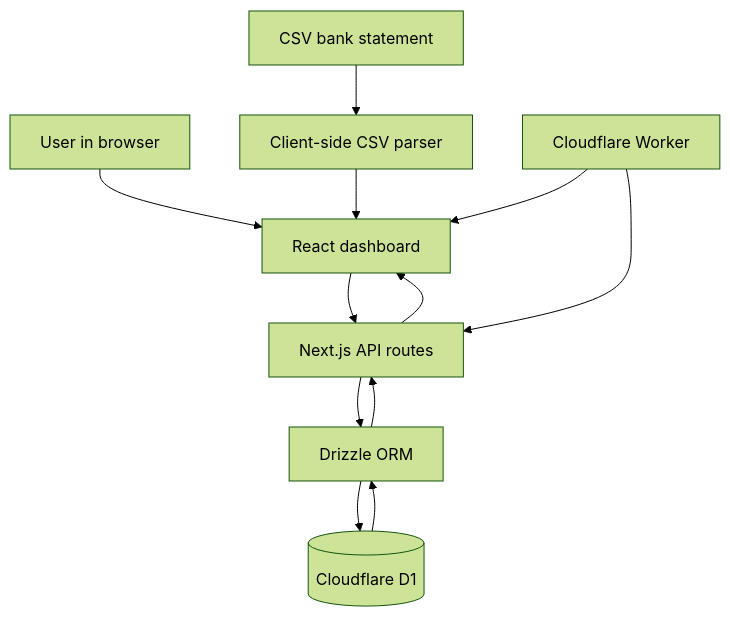
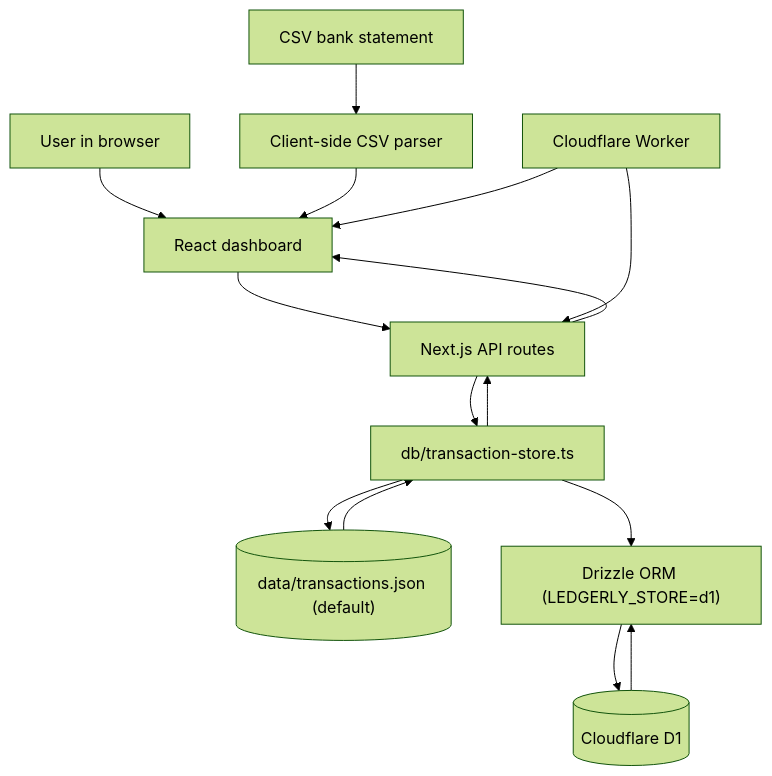
Before and after one commit to sicariodublin/personal_expense_tracker: the first of 5 diagrams in LEDGERLY_PROJECT_HANDOVER.md, drawn with Mermaid (forest theme). The commit also changed other lines of this file and 2 other files, not shown here.

````diff
--- a/LEDGERLY_PROJECT_HANDOVER.md
+++ b/LEDGERLY_PROJECT_HANDOVER.md
@@ -87,14 +89,17 @@
 ```mermaid
 flowchart TD
     U["User in browser"] --> UI["React dashboard"]
     CSV["CSV bank statement"] --> Parser["Client-side CSV parser"]
     Parser --> UI
     UI --> API["Next.js API routes"]
-    API --> ORM["Drizzle ORM"]
+    API --> Store["db/transaction-store.ts"]
+    Store --> JSON[("data/transactions.json (default)")]
+    Store --> ORM["Drizzle ORM (LEDGERLY_STORE=d1)"]
     ORM --> DB[("Cloudflare D1")]
+    JSON --> Store
     DB --> ORM
-    ORM --> API
+    Store --> API
     API --> UI
     Worker["Cloudflare Worker"] --> UI
     Worker --> API
 ```
````
